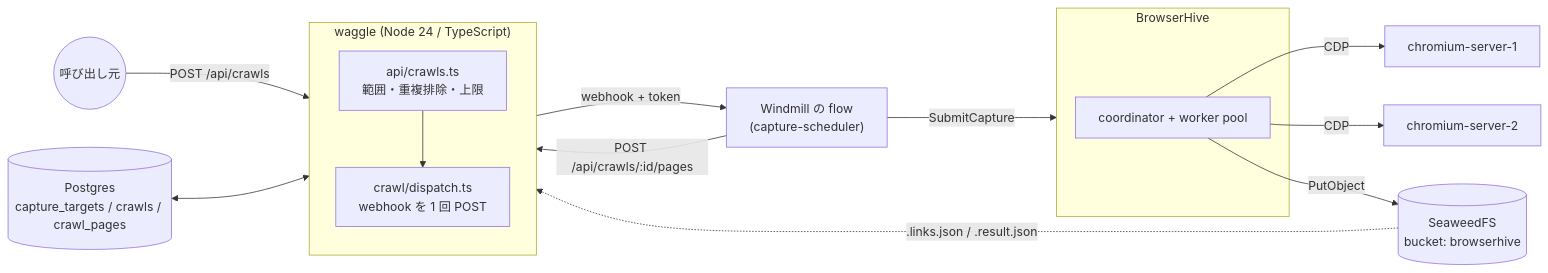
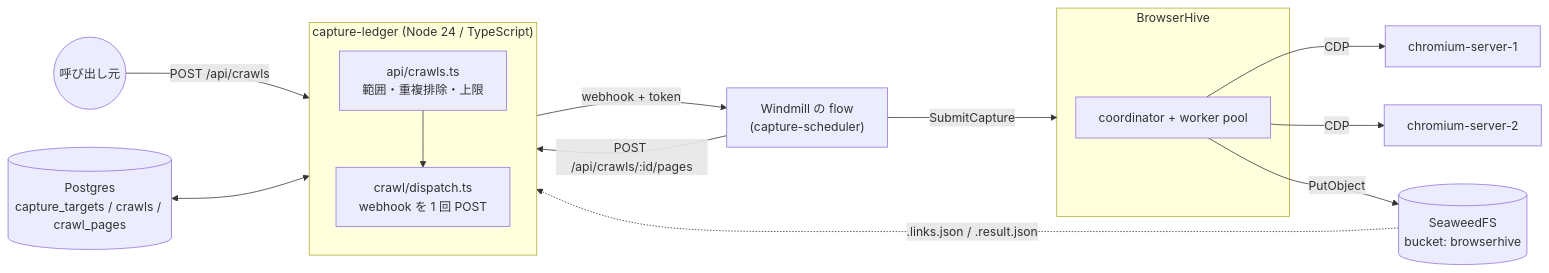
Before and after one commit to uraitakahito/waggle: the first of 2 diagrams in docs-site/src/content/docs/ja/architecture.mdx, drawn with Mermaid. The commit also changed other lines of this file and 88 other files, not shown here.

First line of the commit message:
rename: waggle → capture-ledger

````diff
--- a/docs-site/src/content/docs/ja/architecture.mdx
+++ b/docs-site/src/content/docs/ja/architecture.mdx
@@ -8,21 +8,21 @@
 ```mermaid
 flowchart LR
   U((呼び出し元)) -->|"POST /api/crawls"| W
   PG[("Postgres<br/>capture_targets / crawls / crawl_pages")] <--> W
-  subgraph W["waggle (Node 24 / TypeScript)"]
+  subgraph W["capture-ledger (Node 24 / TypeScript)"]
     direction TB
     API["api/crawls.ts<br/>範囲・重複排除・上限"]
     DIS["crawl/dispatch.ts<br/>webhook を 1 回 POST"]
     API --> DIS
   end
   DIS -->|"webhook + token"| WM["Windmill の flow<br/>(capture-scheduler)"]
   WM -->|SubmitCapture| BH
   subgraph BH["BrowserHive"]
     COORD[coordinator + worker pool]
   end
   COORD -->|CDP| C1[chromium-server-1]
   COORD -->|CDP| C2[chromium-server-2]
   COORD -->|PutObject| S3[(SeaweedFS<br/>bucket: browserhive)]
   WM -->|"POST /api/crawls/:id/pages"| API
   S3 -.->|".links.json / .result.json"| API
 ```
````
